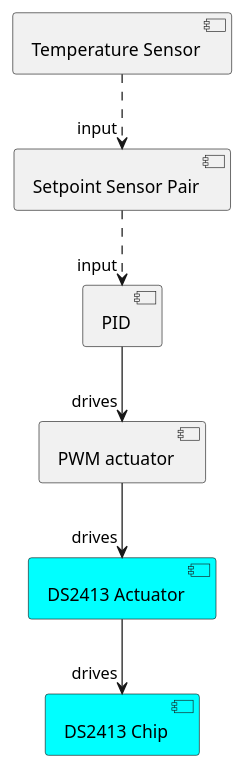
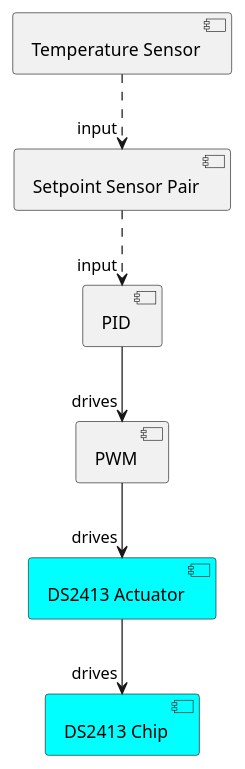
Before and after one commit to BrewBlox/brewblox-documentation: the diagram in docs/uml/onewire_chain.puml, drawn with PlantUML. The commit also changed 4 other files, not shown here.

```diff
--- a/docs/uml/onewire_chain.puml
+++ b/docs/uml/onewire_chain.puml
@@ -1,14 +1,14 @@
 @startuml OneWire control chain
 component PID
-component PWM as "PWM actuator"
+component PWM
 component Actuator as "DS2413 Actuator" #Cyan
 component Chip as "DS2413 Chip" #Cyan
 component SSP as "Setpoint Sensor Pair"
 component Sensor as "Temperature Sensor"
 
 Sensor .down.> "input" SSP
 SSP .down.> "input" PID
 PID -down-> "drives" PWM
 PWM -down-> "drives" Actuator
 Actuator -down-> "drives" Chip
 @enduml
```
